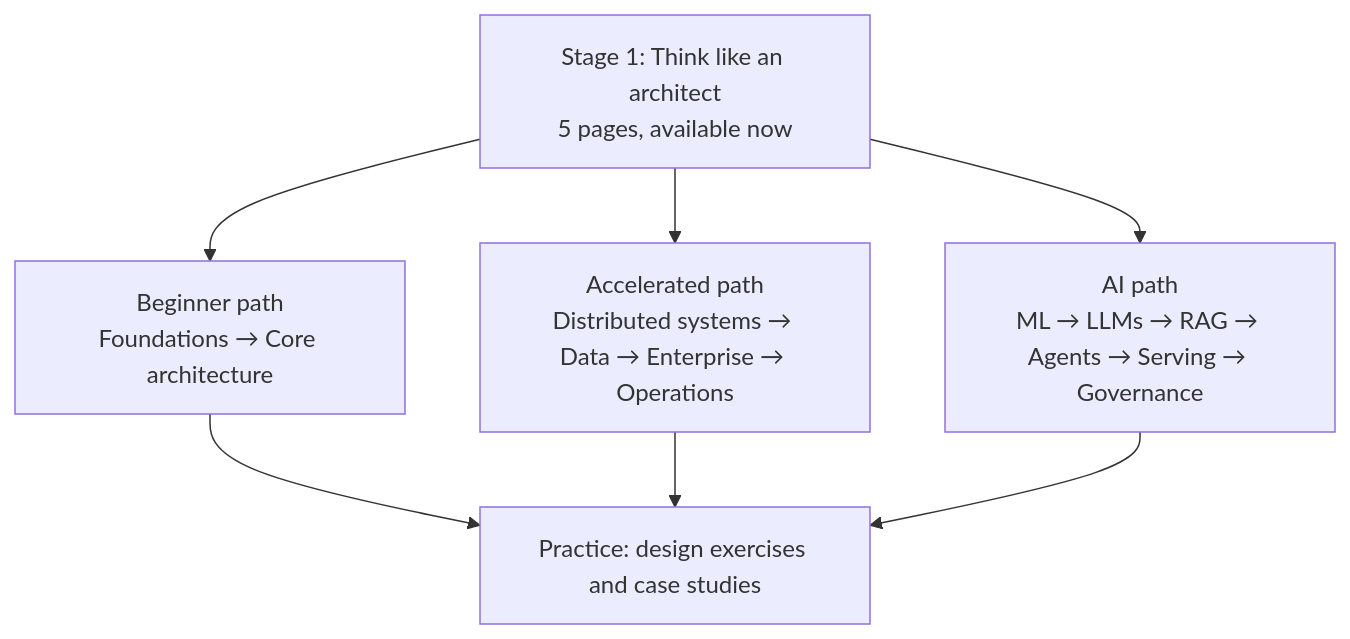
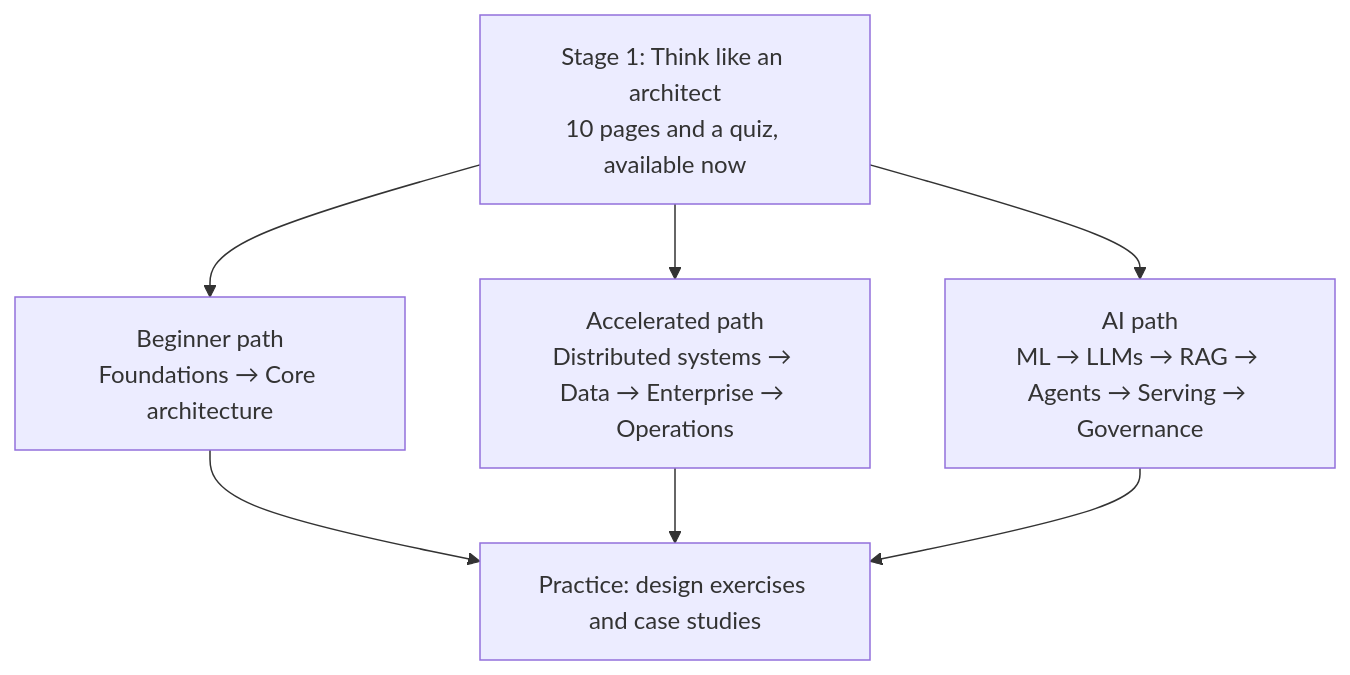
Before and after one commit to vinay9354/architecture-atlas: the diagram in docs/start-here/learning-path.md, drawn with Mermaid. The commit also changed other lines of this file and 41 other files, not shown here.

First line of the commit message:
Add Phase 2 core learning path: 15 topic pages, Lab 01, D01 quiz

````diff
--- a/docs/start-here/learning-path.md
+++ b/docs/start-here/learning-path.md
@@ -107,10 +139,10 @@
 ```mermaid
 flowchart TB
-    S1[Stage 1: Think like an architect<br/>5 pages, available now]
+    S1[Stage 1: Think like an architect<br/>10 pages and a quiz, available now]
     S1 --> B[Beginner path<br/>Foundations → Core architecture]
     S1 --> A[Accelerated path<br/>Distributed systems → Data → Enterprise → Operations]
     S1 --> AI[AI path<br/>ML → LLMs → RAG → Agents → Serving → Governance]
     B --> P[Practice: design exercises and case studies]
     A --> P
     AI --> P
 ```
````
